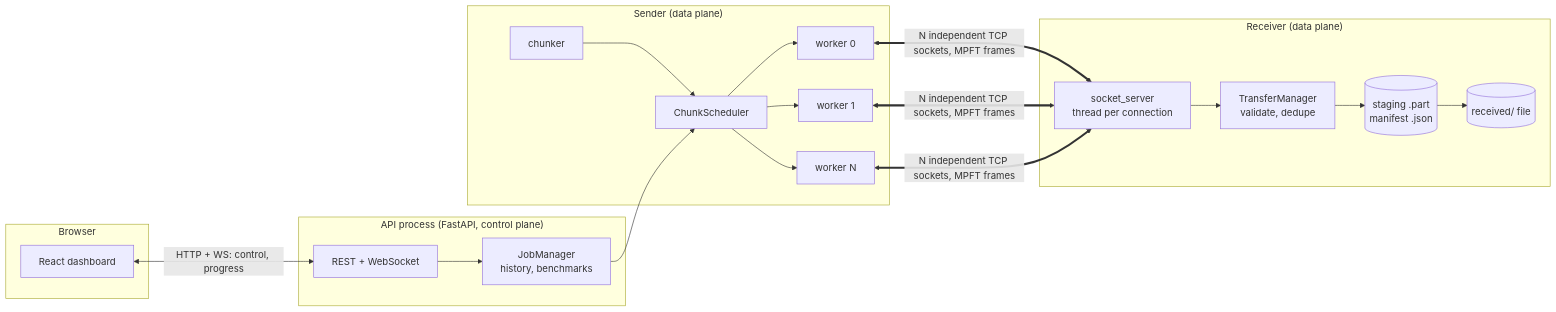
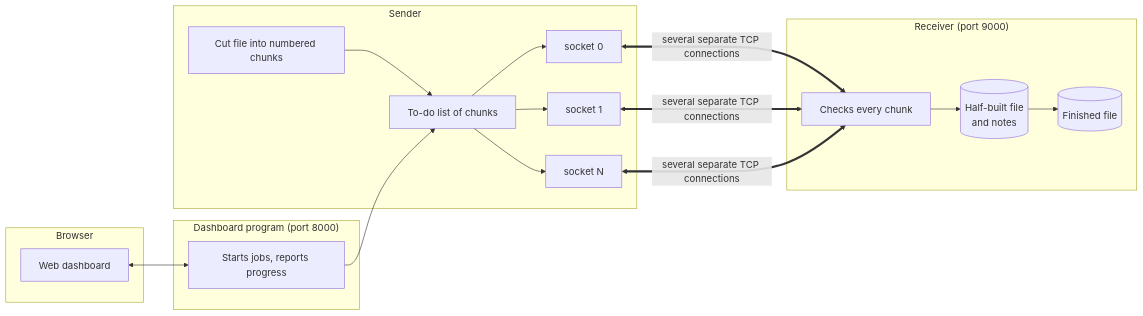
The first of 2 diagrams in README.md (Anmolgbt/CN-project), drawn with Mermaid before and after one commit. The commit also changed other lines of this file and 28 other files, not shown here.

````diff
--- a/README.md
+++ b/README.md
@@ -80,21 +205,21 @@
 ```mermaid
 flowchart LR
   subgraph Browser
-    UI[React dashboard]
+    UI[Web dashboard]
   end
-  subgraph "API process (FastAPI, control plane)"
-    R[REST + WebSocket]
-    JM[JobManager<br/>history, benchmarks]
+  subgraph "Dashboard program (port 8000)"
+    API[Starts jobs, reports progress]
   end
-  subgraph "Sender (data plane)"
-    CH[chunker] --> SC[ChunkScheduler]
-    SC --> W0[worker 0]; SC --> W1[worker 1]; SC --> WN[worker N]
+  subgraph "Sender"
+    CH[Cut file into numbered chunks] --> Q[To-do list of chunks]
+    Q --> W0[socket 0]
+    Q --> W1[socket 1]
+    Q --> WN[socket N]
   end
-  subgraph "Receiver (data plane)"
-    SRV[socket_server<br/>thread per connection] --> TM[TransferManager<br/>validate, dedupe]
-    TM --> ST[(staging .part<br/>manifest .json)]
-    ST --> OUT[(received/ file)]
+  subgraph "Receiver (port 9000)"
+    R[Checks every chunk] --> S[(Half-built file<br/>and notes)]
+    S --> F[(Finished file)]
   end
-  UI <-->|HTTP + WS: control, progress| R --> JM --> SC
-  W0 & W1 & WN <==>|N independent TCP sockets, MPFT frames| SRV
+  UI <--> API --> Q
+  W0 & W1 & WN <==>|several separate TCP connections| R
 ```
````
